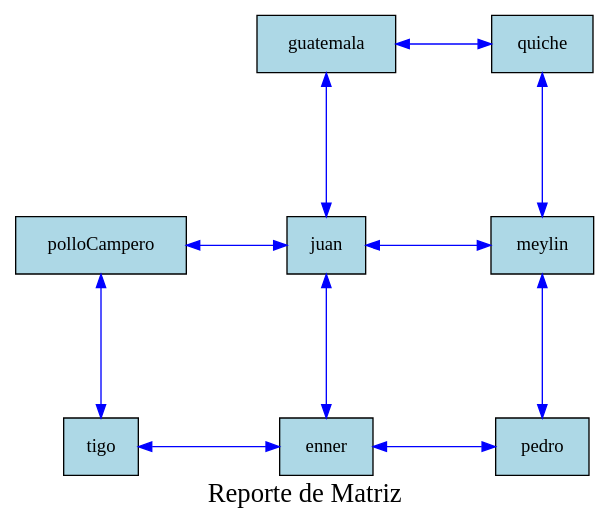
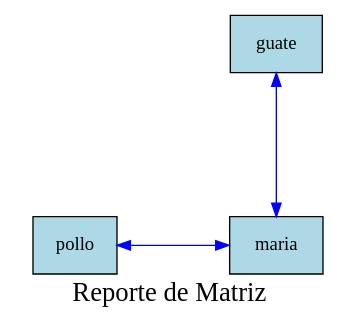
One commit to Ennero/EDD_Proyecto1_Vacas2_202302220 changed the diagram in Proyecto1/cmake-build-debug/reporteMatriz.dot. Above: the diagram before and after it, drawn with Graphviz. The commit also changed 20 other files, not shown here.

```diff
--- a/Proyecto1/cmake-build-debug/reporteMatriz.dot
+++ b/Proyecto1/cmake-build-debug/reporteMatriz.dot
@@ -1,27 +1,14 @@
 digraph G {
  rankdir=TB;
  node [shape=box, style=filled, fillcolor=lightblue, margin=0.2];
 edge [style=solid, color=blue];
  graph [ranksep=1.5, nodesep=1];
 graph [label="Reporte de Matriz", fontsize=20, fontcolor=black];
     invisible_[label="invisible"style=invis];
-    invisible_-> nodo_2111925018736 [style=invis];
-    nodo_2111925018736 [label="polloCampero"style=filled, fillcolor=lightblue];
-    nodo_2111925018736 -> nodo_2111925019792 [dir=both];
-    nodo_2111925018736 -> nodo_2111925001072 [dir=both,constraint=false];
-    nodo_2111925019792 [label="tigo"style=filled, fillcolor=lightblue];
-    nodo_2111925019792 -> nodo_2111925020144 [dir=both,constraint=false];
-    nodo_2111925018384 [label="guatemala"style=filled, fillcolor=lightblue];
-    nodo_2111925018384 -> nodo_2111925001072 [dir=both];
-    nodo_2111925018384 -> nodo_2111925019440 [dir=both,constraint=false];
-    nodo_2111925001072 [label="juan"style=filled, fillcolor=lightblue];
-    nodo_2111925001072 -> nodo_2111925020144 [dir=both];
-    nodo_2111925001072 -> nodo_2111925020496 [dir=both,constraint=false];
-    nodo_2111925020144 [label="enner"style=filled, fillcolor=lightblue];
-    nodo_2111925020144 -> nodo_2111925019088 [dir=both,constraint=false];
-    nodo_2111925019440 [label="quiche"style=filled, fillcolor=lightblue];
-    nodo_2111925019440 -> nodo_2111925020496 [dir=both];
-    nodo_2111925020496 [label="meylin"style=filled, fillcolor=lightblue];
-    nodo_2111925020496 -> nodo_2111925019088 [dir=both];
-    nodo_2111925019088 [label="pedro"style=filled, fillcolor=lightblue];
+    invisible_-> nodo_2769102397552 [style=invis];
+    nodo_2769102397552 [label="pollo"style=filled, fillcolor=lightblue];
+    nodo_2769102397552 -> nodo_2769102398704 [dir=both,constraint=false];
+    nodo_2769102397200 [label="guate"style=filled, fillcolor=lightblue];
+    nodo_2769102397200 -> nodo_2769102398704 [dir=both];
+    nodo_2769102398704 [label="maria"style=filled, fillcolor=lightblue];
 }
```
